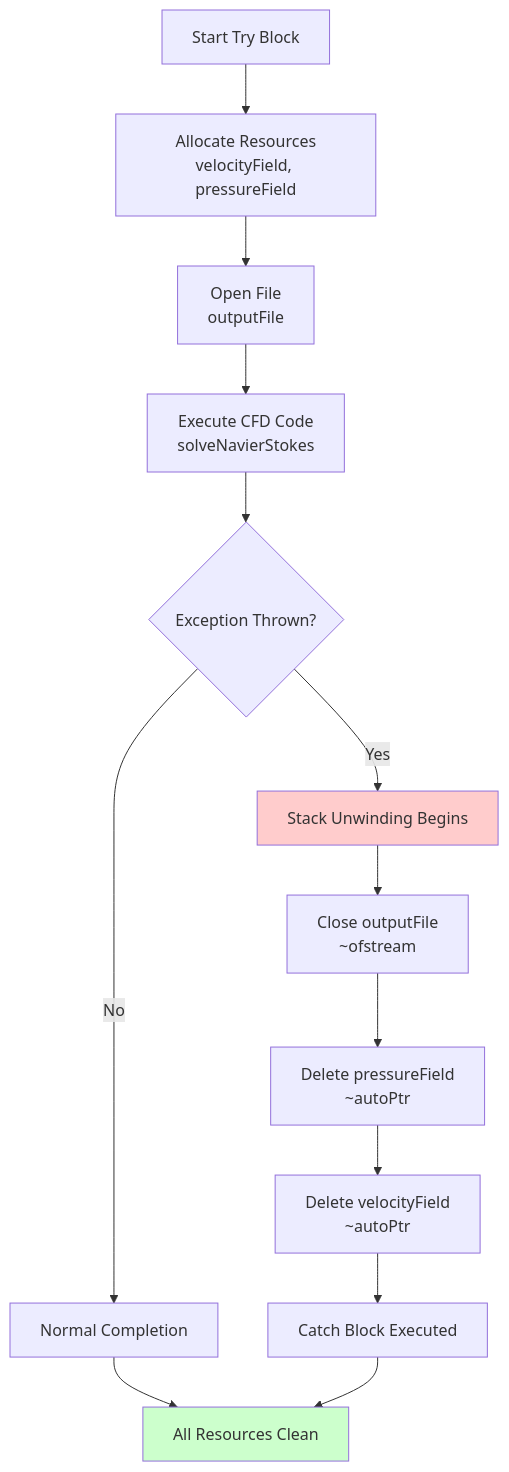
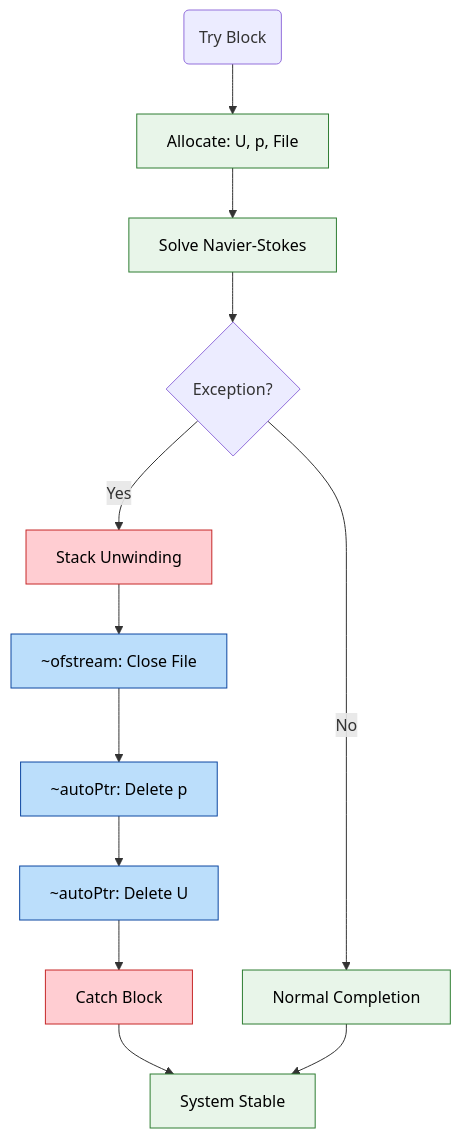
Before and after one commit to wramet/build-my-cfd: the fifth of 7 diagrams in MODULE_05_OPENFOAM_PROGRAMMING/CONTENT/03_CONTAINERS_MEMORY/02_Memory_Management_Fundamentals.md, drawn with Mermaid. The commit also changed other lines of this file and 313 other files, not shown here.

Commit message:
Revise all diagram

````diff
--- a/MODULE_05_OPENFOAM_PROGRAMMING/CONTENT/03_CONTAINERS_MEMORY/02_Memory_Management_Fundamentals.md
+++ b/MODULE_05_OPENFOAM_PROGRAMMING/CONTENT/03_CONTAINERS_MEMORY/02_Memory_Management_Fundamentals.md
@@ -653,18 +663,21 @@
 ```mermaid
 flowchart TD
-    A[Start Try Block] --> B[Allocate Resources<br/>velocityField, pressureField]
-    B --> C[Open File<br/>outputFile]
-    C --> D[Execute CFD Code<br/>solveNavierStokes]
-    D --> E{Exception Thrown?}
-    E -->|Yes| F[Stack Unwinding Begins]
-    E -->|No| G[Normal Completion]
-    F --> H[Close outputFile<br/>~ofstream]
-    H --> I[Delete pressureField<br/>~autoPtr]
-    I --> J[Delete velocityField<br/>~autoPtr]
-    J --> K[Catch Block Executed]
-    G --> L[All Resources Clean]
-    K --> L
-
-    style F fill:#ffcccc
-    style L fill:#ccffcc
+    classDef normal fill:#e8f5e9,stroke:#2e7d32,color:#000
+    classDef error fill:#ffcdd2,stroke:#c62828,color:#000
+    classDef cleanup fill:#bbdefb,stroke:#0d47a1,color:#000
+    
+    Start(Try Block) --> Alloc[Allocate: U, p, File]:::normal
+    Alloc --> Exec[Solve Navier-Stokes]:::normal
+    Exec --> Check{Exception?}
+    
+    Check -- No --> Finish[Normal Completion]:::normal
+    Check -- Yes --> Unwind[Stack Unwinding]:::error
+    
+    Unwind --> C1[~ofstream: Close File]:::cleanup
+    C1 --> C2[~autoPtr: Delete p]:::cleanup
+    C2 --> C3[~autoPtr: Delete U]:::cleanup
+    
+    C3 --> Catch[Catch Block]:::error
+    Catch --> Safe[System Stable]:::normal
+    Finish --> Safe
 ```
````
